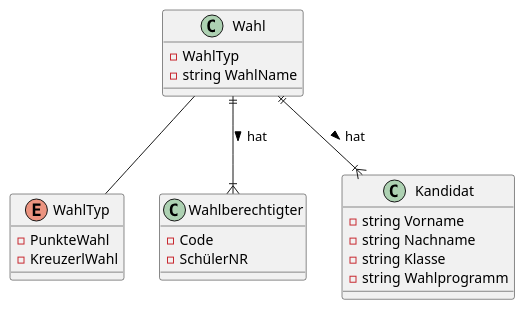
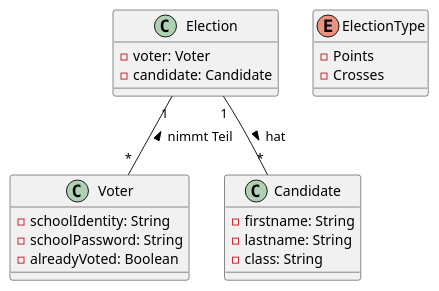
One commit to 2324-4bhif-syp/2324-4bhif-syp-project-leovote changed the diagram in asciidoc/plantuml/cld.puml. Above: the diagram before and after it, drawn with PlantUML. The commit also changed other lines of this file and 1 other file, not shown here.

```diff
--- a/asciidoc/plantuml/cld.puml
+++ b/asciidoc/plantuml/cld.puml
@@ -2,33 +1,29 @@
 @startuml
 
-class Wahl{
-   - WahlTyp
-   - string WahlName
+class Election {
+    - voter: Voter
+    - candidate: Candidate
 }
 
-enum WahlTyp{
-    - PunkteWahl
-    - KreuzerlWahl
+enum ElectionType{
+    - Points
+    - Crosses
 }
 
-class Wahlberechtigter{
-   - Code
-   - SchülerNR
+class Voter {
+    - schoolIdentity: String
+    - schoolPassword: String
+    - alreadyVoted: Boolean
 }
 
-
-class Kandidat{
-   - string Vorname
-   - string Nachname
-   - string Klasse
-   - string Wahlprogramm
+class Candidate {
+   - firstname: String
+   - lastname: String
+   - class: String
 }
 
-
-
-Wahl   ||--|{ Kandidat  : > hat
-Wahl -- WahlTyp
-Wahl   ||--|{ Wahlberechtigter  : > hat
+Election   "1"--"*" Candidate  : > hat
+Election   "1"--"*" Voter  : < nimmt Teil
 
 
 @enduml
```
